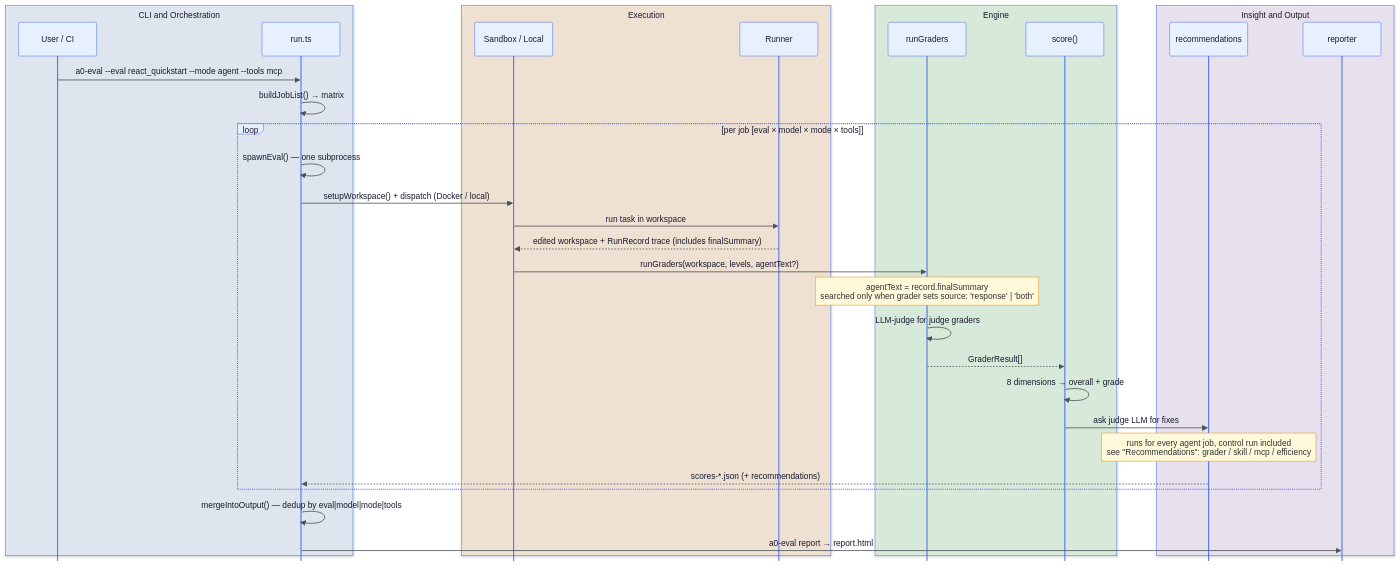
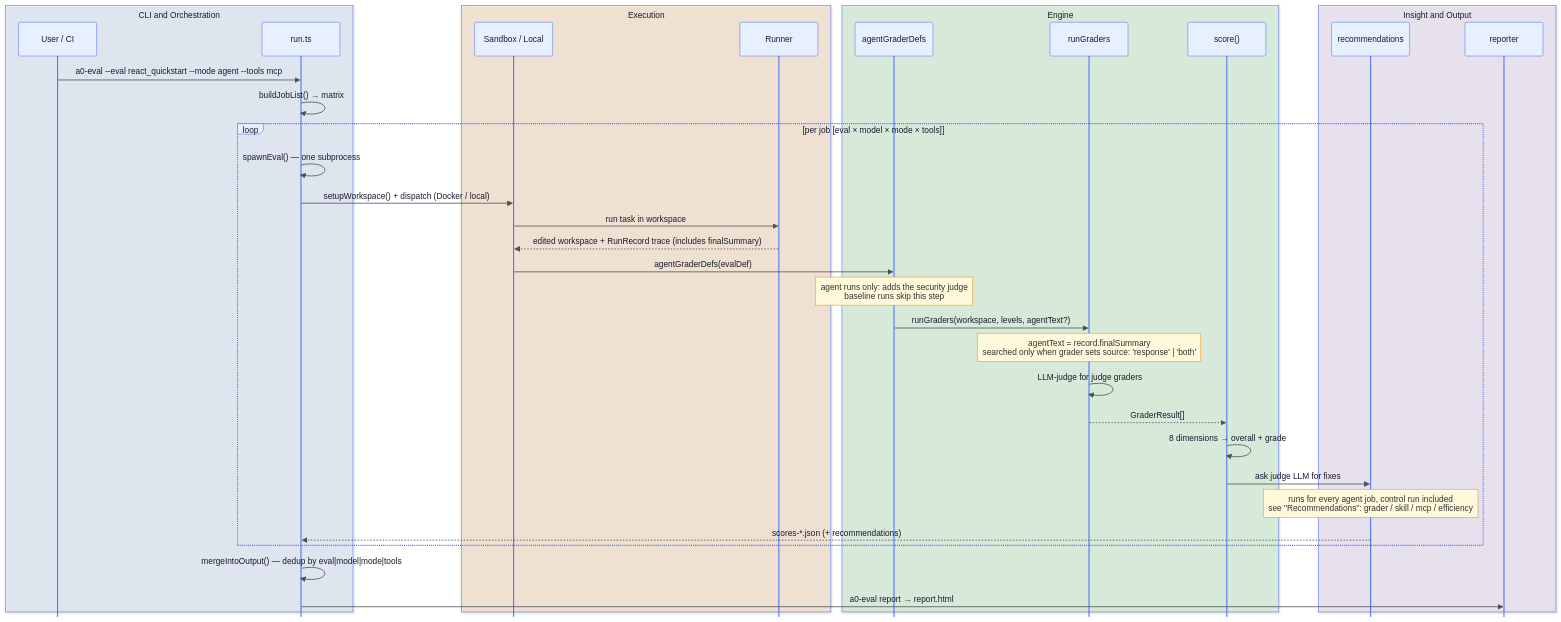
The second of 4 diagrams in docs/ARCHITECTURE.md (auth0/auth0-evals), drawn with Mermaid before and after one commit. The commit also changed other lines of this file and 31 other files, not shown here.

First line of the commit message:
feat(evals-core): add security judge to every agent run

````diff
--- a/docs/ARCHITECTURE.md
+++ b/docs/ARCHITECTURE.md
@@ -179,46 +181,49 @@
 ```mermaid
 %%{init: {'theme':'base', 'mirrorActors': false, 'themeVariables': {
   'primaryColor':'#E7F0FF','primaryBorderColor':'#4C6EF5','primaryTextColor':'#1A1A2E',
   'actorBkg':'#E7F0FF','actorBorder':'#4C6EF5','actorTextColor':'#1A1A2E',
   'signalColor':'#495057','signalTextColor':'#1A1A2E','noteBkgColor':'#FFF9DB','noteBorderColor':'#F08C00',
   'fontFamily':'ui-sans-serif, system-ui, sans-serif'
 }}}%%
 sequenceDiagram
     box rgba(231,240,255,0.6) CLI and Orchestration
         participant U as User / CI
         participant CLI as run.ts
     end
     box rgba(255,232,204,0.55) Execution
         participant Exec as Sandbox / Local
         participant Agent as Runner
     end
     box rgba(211,249,216,0.5) Engine
+        participant Defs as agentGraderDefs
         participant Grade as runGraders
         participant Score as score()
     end
     box rgba(243,232,255,0.55) Insight and Output
         participant Recs as recommendations
         participant Rep as reporter
     end
 
     U->>CLI: a0-eval --eval react_quickstart --mode agent --tools mcp
     CLI->>CLI: buildJobList() → matrix
 
     loop per job [eval × model × mode × tools]
         CLI->>CLI: spawnEval() — one subprocess
         CLI->>Exec: setupWorkspace() + dispatch (Docker / local)
         Exec->>Agent: run task in workspace
         Agent-->>Exec: edited workspace + RunRecord trace (includes finalSummary)
-        Exec->>Grade: runGraders(workspace, levels, agentText?)
+        Exec->>Defs: agentGraderDefs(evalDef)
+        Note over Defs: agent runs only: adds the security judge<br/>baseline runs skip this step
+        Defs->>Grade: runGraders(workspace, levels, agentText?)
         Note over Grade: agentText = record.finalSummary<br/>searched only when grader sets source: 'response' | 'both'
         Grade->>Grade: LLM-judge for judge graders
         Grade-->>Score: GraderResult[]
         Score->>Score: 8 dimensions → overall + grade
         Score->>Recs: ask judge LLM for fixes
         Note over Recs: runs for every agent job, control run included<br/>see "Recommendations": grader / skill / mcp / efficiency
         Recs-->>CLI: scores-*.json (+ recommendations)
     end
 
     CLI->>CLI: mergeIntoOutput() — dedup by eval|model|mode|tools
     CLI->>Rep: a0-eval report → report.html
 ```
````
